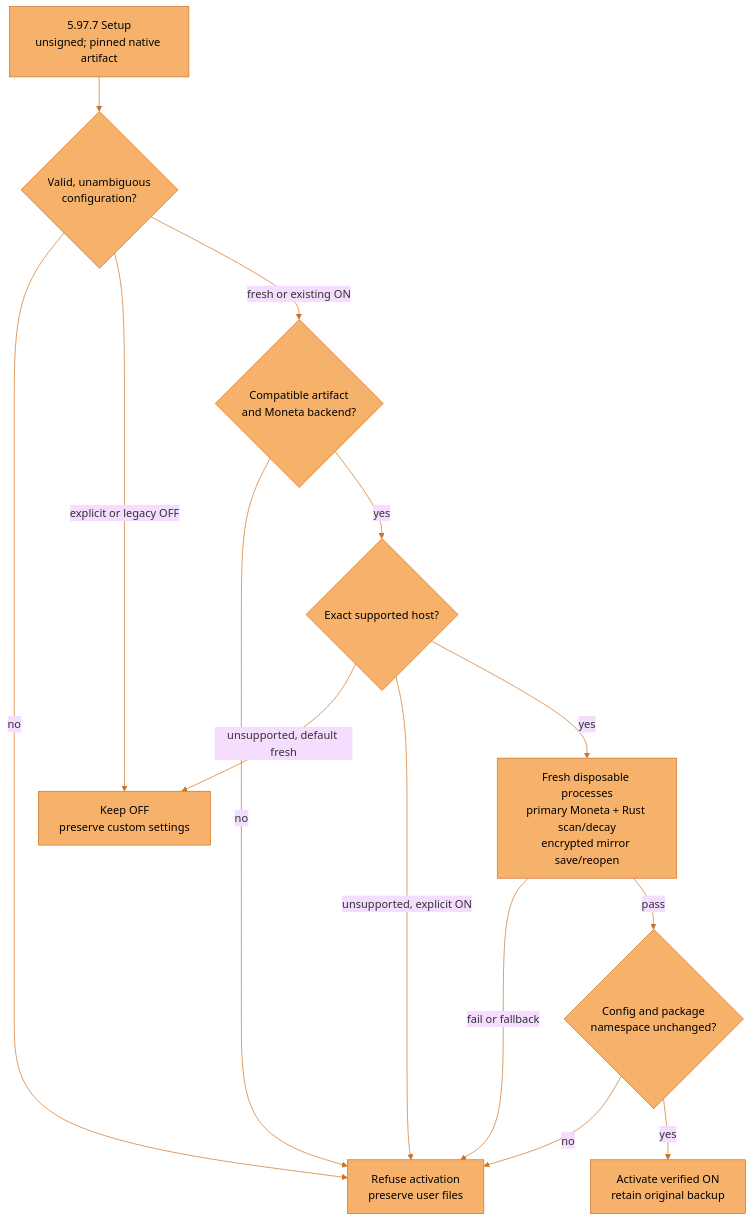
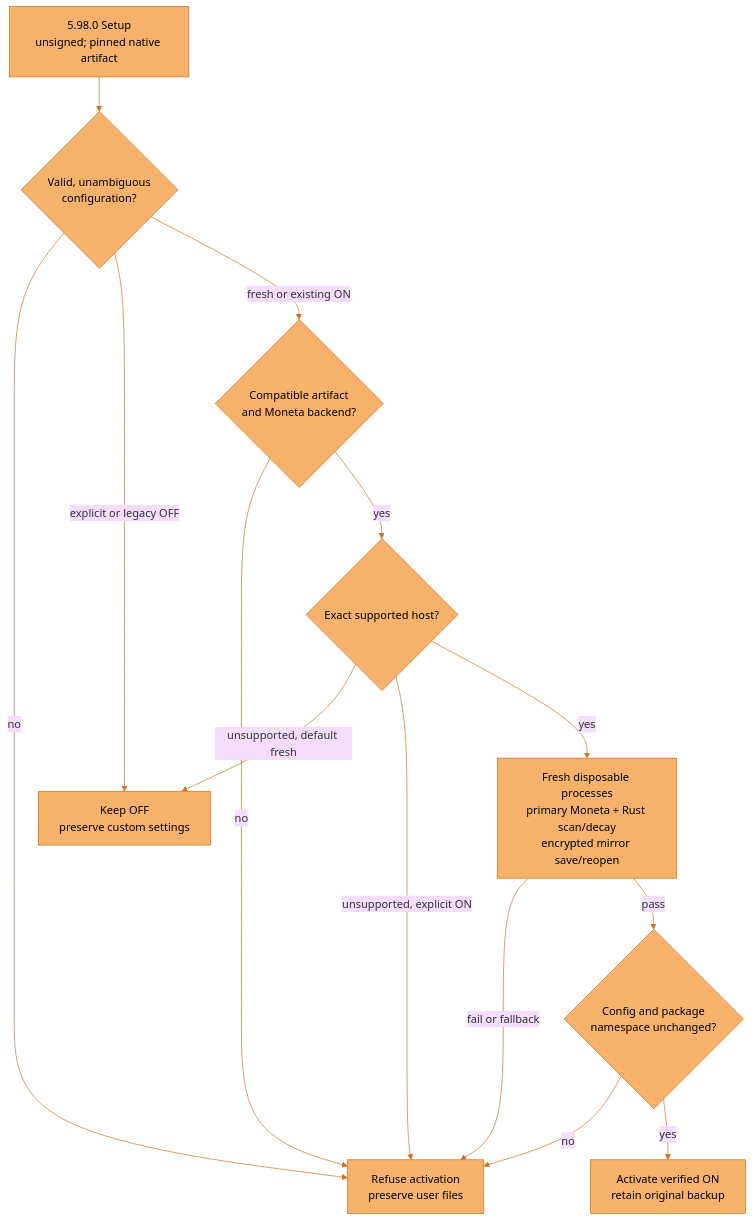
Before and after one commit to JosephOIbrahim/Synapse: the first of 11 diagrams in docs/architecture/overview.md, drawn with Mermaid (base theme). The commit also changed other lines of this file and 15 other files, not shown here.

````diff
--- a/docs/architecture/overview.md
+++ b/docs/architecture/overview.md
@@ -12,20 +12,20 @@
 ```mermaid
 flowchart TD
     accTitle: Native activation preserves choices and requires real execution
     accDescr: Setup validates and snapshots the configuration. Explicit OFF and legacy default OFF stay OFF. Fresh supported hosts and existing ON setups need a pinned compatible artifact and actual disposable Moneta scan, decay and encrypted mirror reopen. Failure preserves registration. Configuration or namespace edits refuse activation. An incompatible artifact, or a primary backend that is not Moneta, refuses activation whatever the choice was made. An unsupported host keeps a default-fresh install OFF and refuses an explicit ON.
-    S["5.97.7 Setup<br/>unsigned; pinned native artifact"] --> V{"Valid, unambiguous<br/>configuration?"}
+    S["5.98.0 Setup<br/>unsigned; pinned native artifact"] --> V{"Valid, unambiguous<br/>configuration?"}
     V -->|"no"| B["Refuse activation<br/>preserve user files"]
     V -->|"explicit or legacy OFF"| O["Keep OFF<br/>preserve custom settings"]
     V -->|"fresh or existing ON"| H{"Compatible artifact<br/>and Moneta backend?"}
     H -->|"no"| B
     H -->|"yes"| S2{"Exact supported host?"}
     S2 -->|"unsupported, default fresh"| O
     S2 -->|"unsupported, explicit ON"| B
     S2 -->|"yes"| E["Fresh disposable processes<br/>primary Moneta + Rust scan/decay<br/>encrypted mirror save/reopen"]
     E -->|"fail or fallback"| B
     E -->|"pass"| C{"Config and package<br/>namespace unchanged?"}
     C -->|"no"| B
     C -->|"yes"| A["Activate verified ON<br/>retain original backup"]
     classDef default fill:#F6B26B,stroke:#D07020,color:#000000
     linkStyle default stroke:#D07020,fill:none
 ```
````
